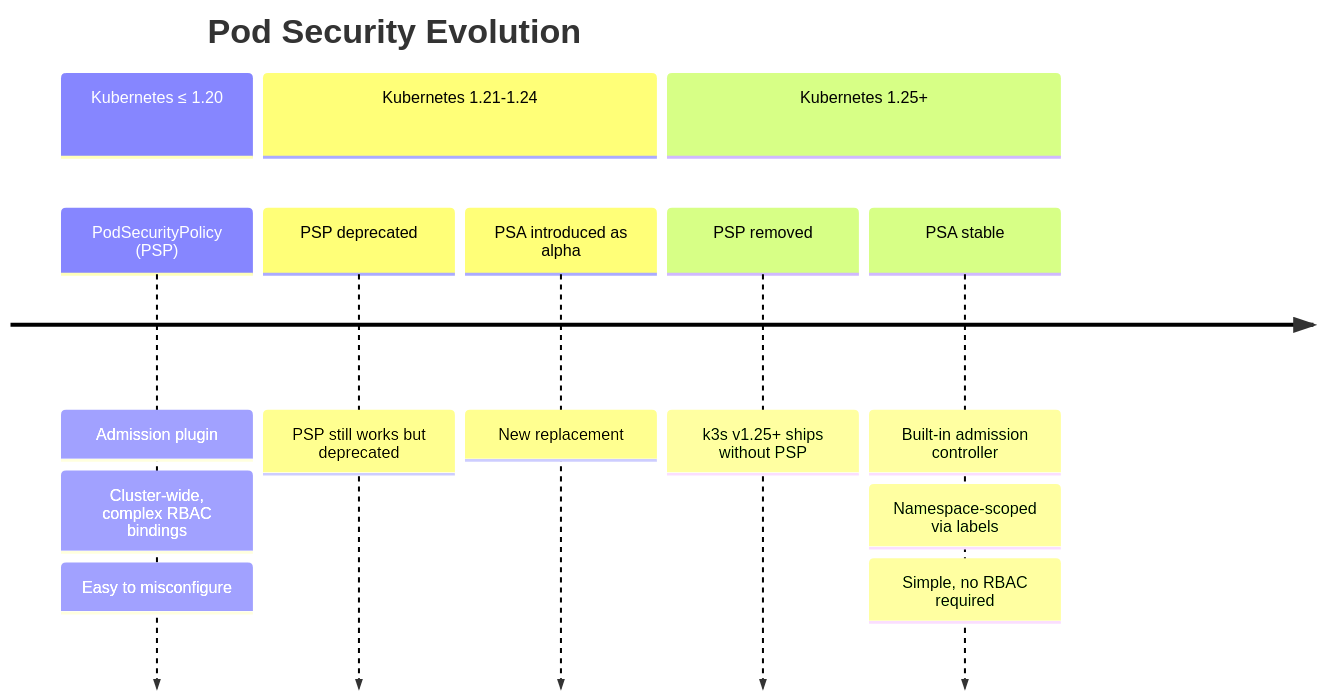
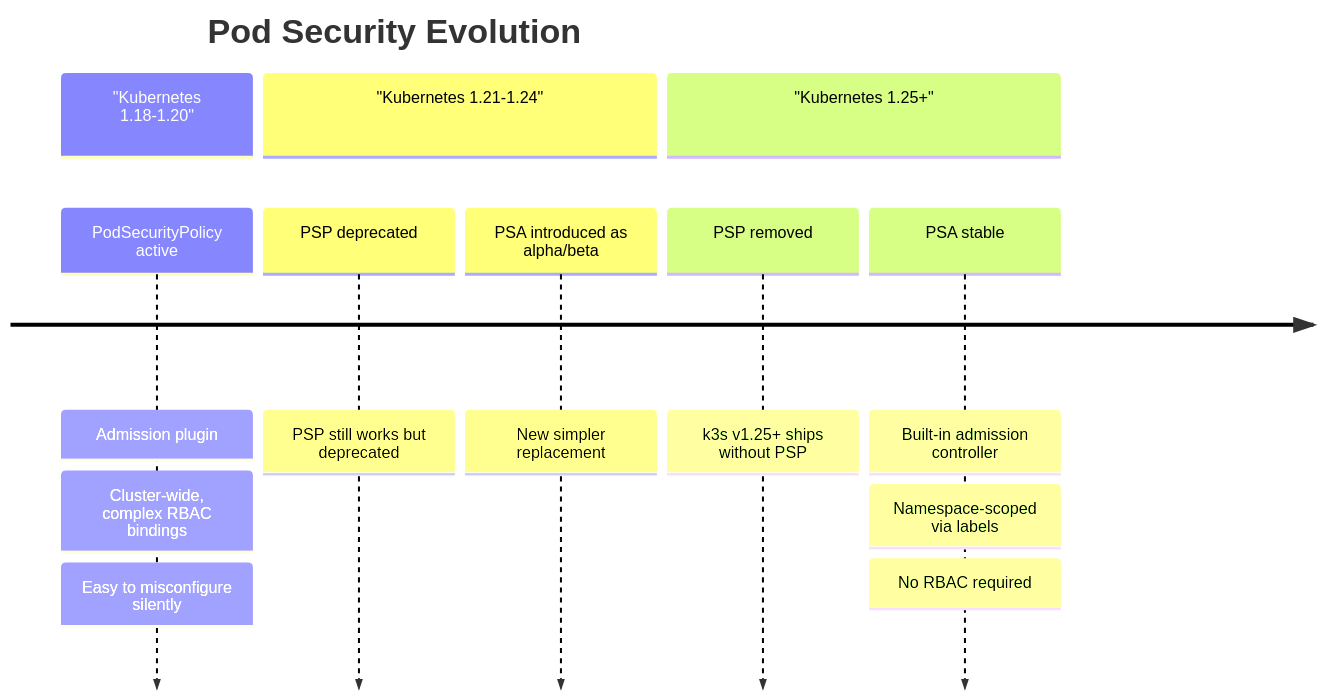
One commit to UncleJS/course_k3s changed the first of 5 diagrams in 09_security/03_pod_security_standards.md. Above: the diagram before and after it, drawn with Mermaid. The commit also changed other lines of this file and 45 other files, not shown here.

First line of the commit message:
Expand all course lessons: Mermaid diagrams + rich prose across 43 files

````diff
--- a/09_security/03_pod_security_standards.md
+++ b/09_security/03_pod_security_standards.md
@@ -38,16 +63,16 @@
 ```mermaid
 timeline
     title Pod Security Evolution
-    section Kubernetes ≤ 1.20
-        PodSecurityPolicy (PSP) : Admission plugin
+    section "Kubernetes 1.18-1.20"
+        PodSecurityPolicy active : Admission plugin
         : Cluster-wide, complex RBAC bindings
-        : Easy to misconfigure
-    section Kubernetes 1.21-1.24
+        : Easy to misconfigure silently
+    section "Kubernetes 1.21-1.24"
         PSP deprecated : PSP still works but deprecated
-        PSA introduced as alpha : New replacement
-    section Kubernetes 1.25+
+        PSA introduced as alpha/beta : New simpler replacement
+    section "Kubernetes 1.25+"
         PSP removed : k3s v1.25+ ships without PSP
         PSA stable : Built-in admission controller
         : Namespace-scoped via labels
-        : Simple, no RBAC required
+        : No RBAC required
 ```
````
